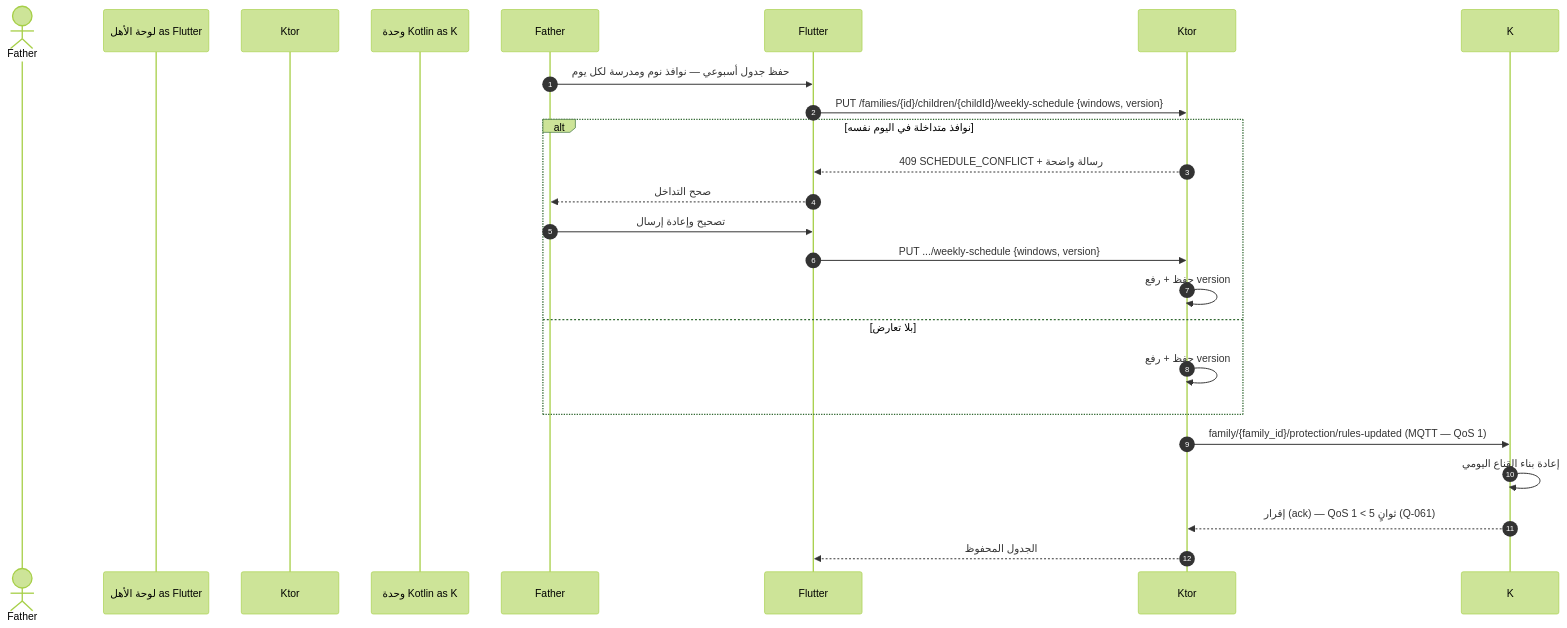
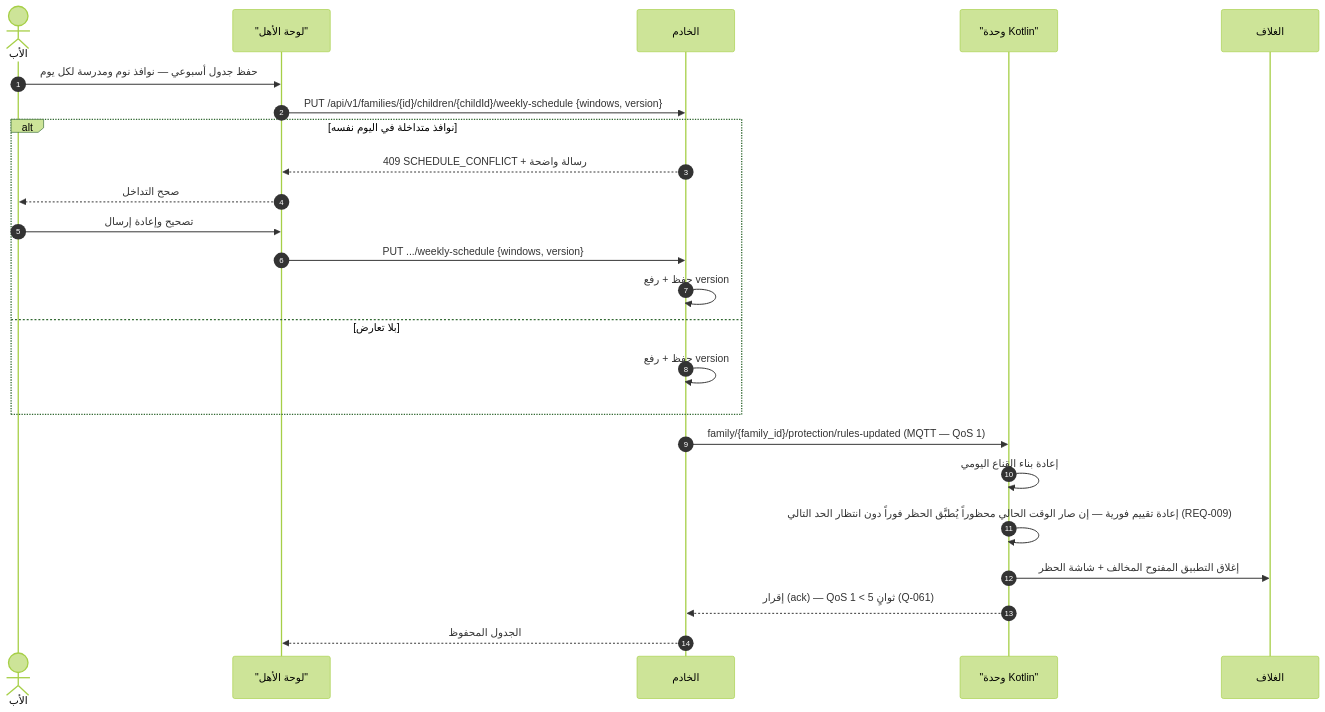
One commit to Bassam-mohammed-alqaeadi/family-os-v2 changed the fourth of 14 diagrams in docs/family-os/governance/phases/phase-1/S1-10-protection-and-enforcement/DIAGRAMS.md. Above: the diagram before and after it, drawn with Mermaid (forest theme). The commit also changed other lines of this file and 10 other files, not shown here.

Commit message:
إغلاق المراجعة الشاملة R1–R5 (Q-196…Q-231) — المخططات DIAGRAMS + خريطة السياق (2/4)

````diff
--- a/docs/family-os/governance/phases/phase-1/S1-10-protection-and-enforcement/DIAGRAMS.md
+++ b/docs/family-os/governance/phases/phase-1/S1-10-protection-and-enforcement/DIAGRAMS.md
@@ -228,23 +229,26 @@
 ```mermaid
 sequenceDiagram
     autonumber
-    actor الأب as Father
-    participant لوحة الأهل as Flutter
-    participant الخادم as Ktor
-    participant وحدة Kotlin as K
+    actor Father as الأب
+    participant Flutter as "لوحة الأهل"
+    participant Ktor as الخادم
+    participant K as "وحدة Kotlin"
+    participant Shell as الغلاف
     Father->>Flutter: حفظ جدول أسبوعي — نوافذ نوم ومدرسة لكل يوم
-    Flutter->>Ktor: PUT /families/{id}/children/{childId}/weekly-schedule {windows, version}
+    Flutter->>Ktor: PUT /api/v1/families/{id}/children/{childId}/weekly-schedule {windows, version}
     alt نوافذ متداخلة في اليوم نفسه
         Ktor-->>Flutter: 409 SCHEDULE_CONFLICT + رسالة واضحة
         Flutter-->>Father: صحح التداخل
         Father->>Flutter: تصحيح وإعادة إرسال
         Flutter->>Ktor: PUT .../weekly-schedule {windows, version}
         Ktor->>Ktor: حفظ + رفع version
     else بلا تعارض
         Ktor->>Ktor: حفظ + رفع version
     end
     Ktor->>K: family/{family_id}/protection/rules-updated (MQTT — QoS 1)
     K->>K: إعادة بناء القناع اليومي
+    K->>K: إعادة تقييم فورية — إن صار الوقت الحالي محظوراً يُطبَّق الحظر فوراً دون انتظار الحد التالي (REQ-009)
+    K->>Shell: إغلاق التطبيق المفتوح المخالف + شاشة الحظر
     K-->>Ktor: إقرار (ack) — QoS 1 < 5 ثوانٍ (Q-061)
     Ktor-->>Flutter: الجدول المحفوظ
 ```
````
